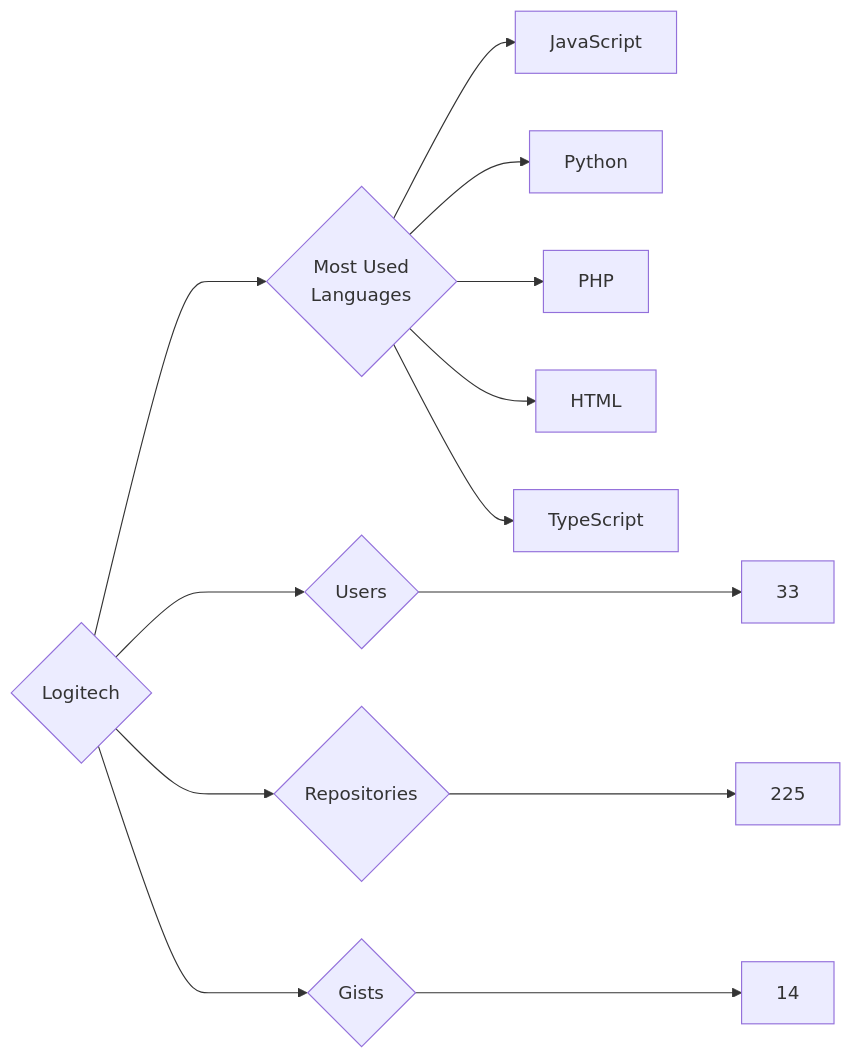
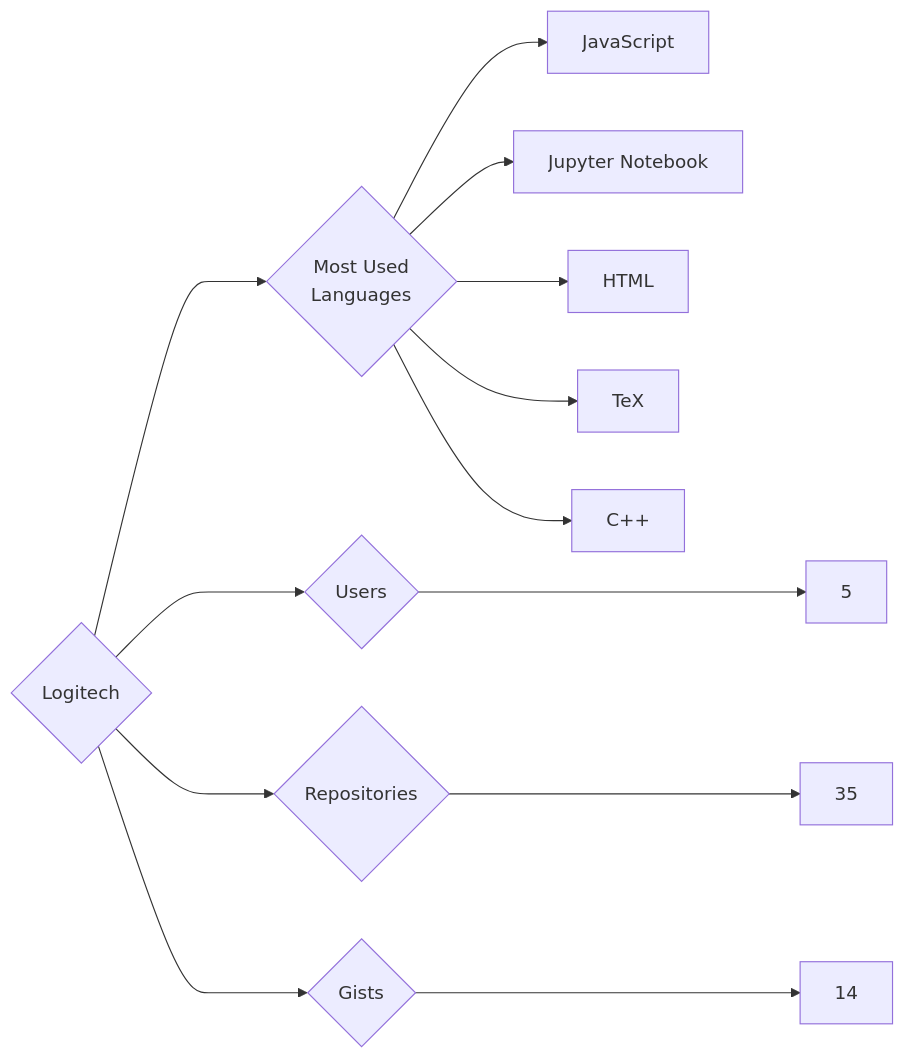
Before and after one commit to trickest/insiders: the diagram in targets/Logitech/README.md, drawn with Mermaid. The commit also changed 775 other files, not shown here.

````diff
--- a/targets/Logitech/README.md
+++ b/targets/Logitech/README.md
@@ -3,13 +3,13 @@
 ```mermaid
 graph LR
 COMPANY_NAME{Logitech}
-COMPANY_NAME ---> U{Users} ---> UN[33]
-COMPANY_NAME ---> R{Repositories} ---> RN[225]
+COMPANY_NAME ---> U{Users} ---> UN[5]
+COMPANY_NAME ---> R{Repositories} ---> RN[35]
 COMPANY_NAME ---> G{Gists} ---> GN[14]
 COMPANY_NAME ---> ML{Most Used<br>Languages}
 ML --> JavaScript[JavaScript]
-ML --> Python[Python]
-ML --> PHP[PHP]
+ML --> Jupyter_Notebook[Jupyter Notebook]
 ML --> HTML[HTML]
-ML --> TypeScript[TypeScript]
+ML --> TeX[TeX]
+ML --> C++[C++]
 ```
````
